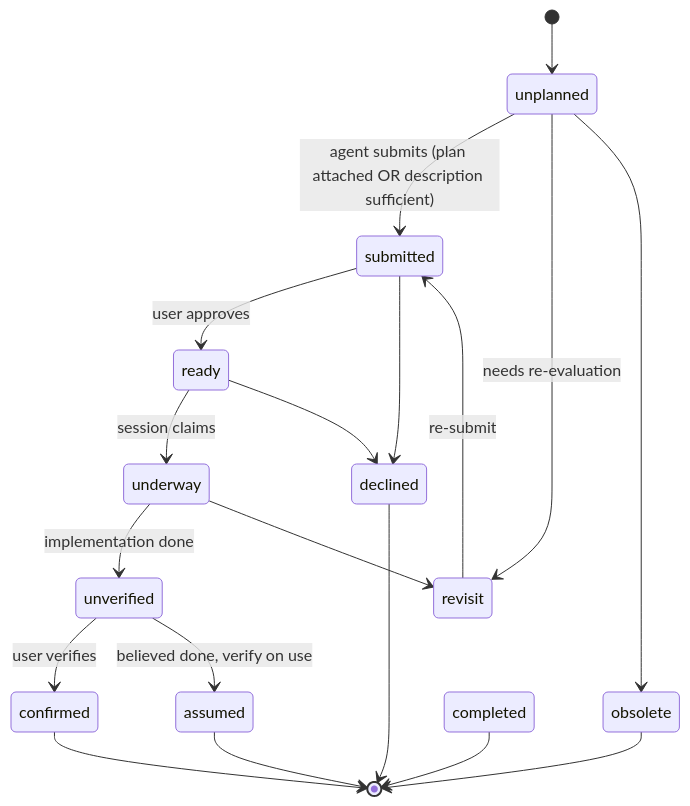
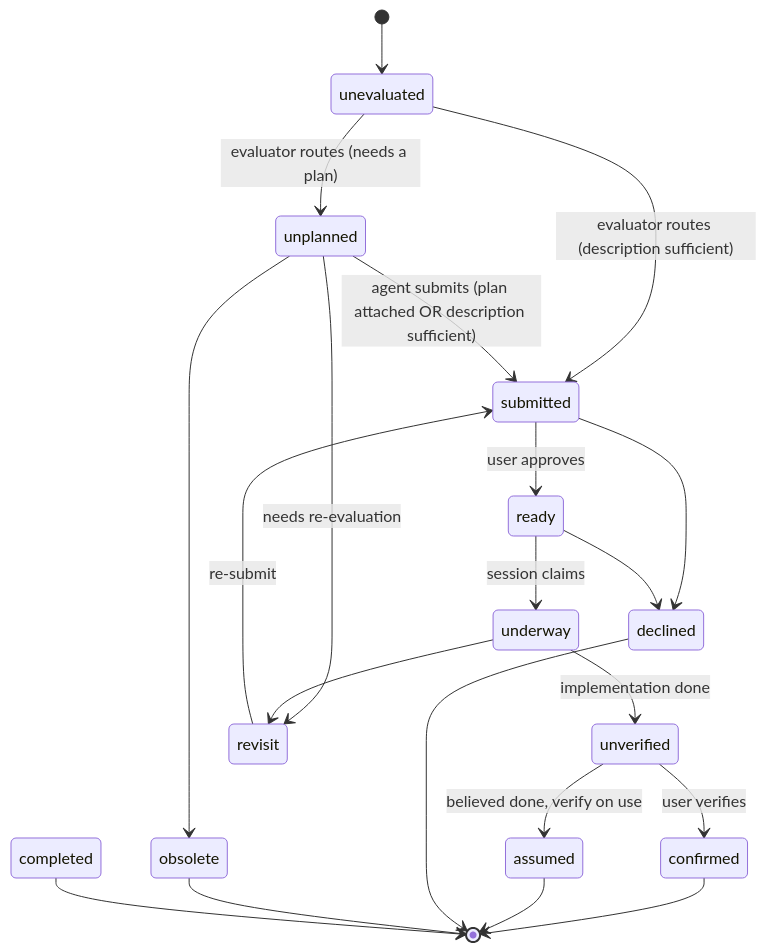
The diagram in docs/status-lifecycle.mmd (mikeschinkel/endless), drawn with Mermaid before and after one commit. The commit also changed 4 other files, not shown here.

```diff
--- a/docs/status-lifecycle.mmd
+++ b/docs/status-lifecycle.mmd
@@ -1,29 +1,31 @@
 %% Canonical task status lifecycle — single source of truth.
 %% Embedded (byte-identical) in README.md, CLAUDE.md, and docs/guide/index.md
 %% between <!-- BEGIN canonical:docs/status-lifecycle.mmd --> / <!-- END ... -->
 %% markers. Edit HERE, then re-sync the copies (tests/tasks/e-1648-verify.sh
 %% asserts they match). Blocking is a relation (blocked_by), not a state, so it
 %% is intentionally absent.
 stateDiagram-v2
-    [*] --> unplanned
+    [*] --> unevaluated
 
+    unevaluated --> unplanned: evaluator routes (needs a plan)
+    unevaluated --> submitted: evaluator routes (description sufficient)
     unplanned --> submitted: agent submits (plan attached OR description sufficient)
     submitted --> ready: user approves
     ready --> underway: session claims
     underway --> unverified: implementation done
     unverified --> confirmed: user verifies
     unverified --> assumed: believed done, verify on use
 
     confirmed --> [*]
     assumed --> [*]
 
     unplanned --> revisit: needs re-evaluation
     underway --> revisit
     revisit --> submitted: re-submit
 
     submitted --> declined
     ready --> declined
     unplanned --> obsolete
     declined --> [*]
     obsolete --> [*]
     completed --> [*]
```
